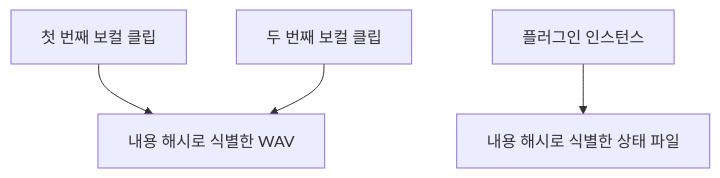
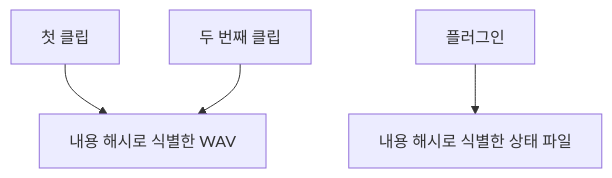
Before and after one commit to whizzkid1452/blog: the diagram in content/posts/ayotbi-project-storage-recovery.md, drawn with Mermaid. The commit also changed other lines of this file and 23 other files, not shown here.

````diff
--- a/content/posts/ayotbi-project-storage-recovery.md
+++ b/content/posts/ayotbi-project-storage-recovery.md
@@ -27,6 +25,6 @@
 ```mermaid
 flowchart TD
-    C1["첫 번째 보컬 클립"] --> A["내용 해시로 식별한 WAV"]
-    C2["두 번째 보컬 클립"] --> A
-    P["플러그인 인스턴스"] --> S["내용 해시로 식별한 상태 파일"]
+    C1["첫 클립"] --> A["내용 해시로 식별한 WAV"]
+    C2["두 번째 클립"] --> A
+    P["플러그인"] --> B["내용 해시로 식별한 상태 파일"]
 ```
````
